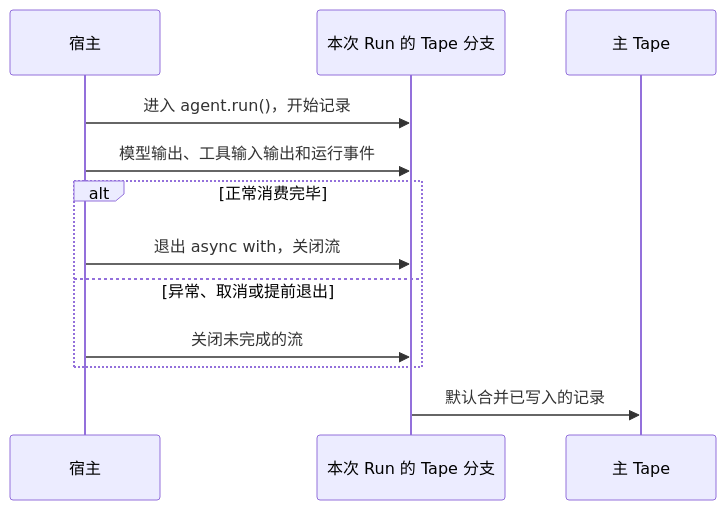
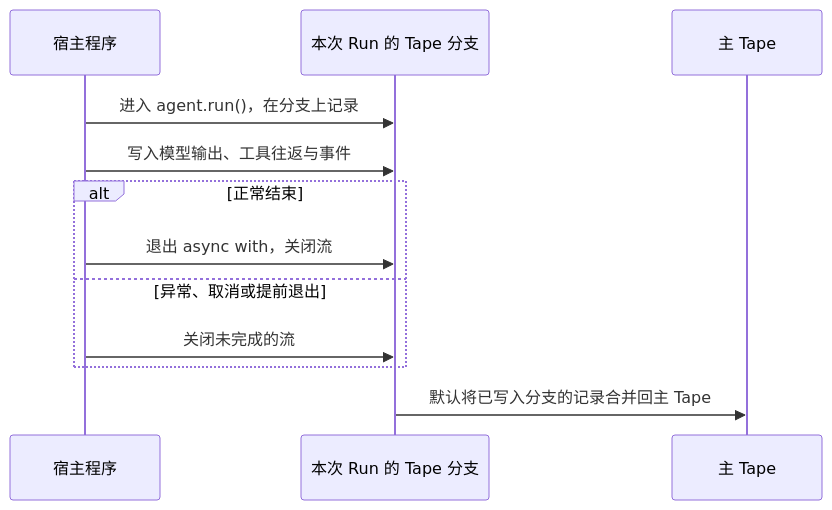
The diagram in website/src/content/docs/zh-cn/docs/sdk/tape.mdx (bubbuild/bub), drawn with Mermaid before and after one commit. The commit also changed other lines of this file and 74 other files, not shown here.

````diff
--- a/website/src/content/docs/zh-cn/docs/sdk/tape.mdx
+++ b/website/src/content/docs/zh-cn/docs/sdk/tape.mdx
@@ -298,15 +257,14 @@
 ```mermaid
 sequenceDiagram
-    participant Host as 宿主
+    participant Host as 宿主程序
     participant Fork as 本次 Run 的 Tape 分支
     participant Main as 主 Tape
-    Host->>Fork: 进入 agent.run()，开始记录
-    Host->>Fork: 模型输出、工具输入输出和运行事件
-    alt 正常消费完毕
+    Host->>Fork: 进入 agent.run()，在分支上记录
+    Host->>Fork: 写入模型输出、工具往返与事件
+    alt 正常结束
         Host->>Fork: 退出 async with，关闭流
     else 异常、取消或提前退出
         Host->>Fork: 关闭未完成的流
     end
-    Fork->>Main: 默认合并已写入的记录
-
+    Fork->>Main: 默认将已写入分支的记录合并回主 Tape
 ```
````
